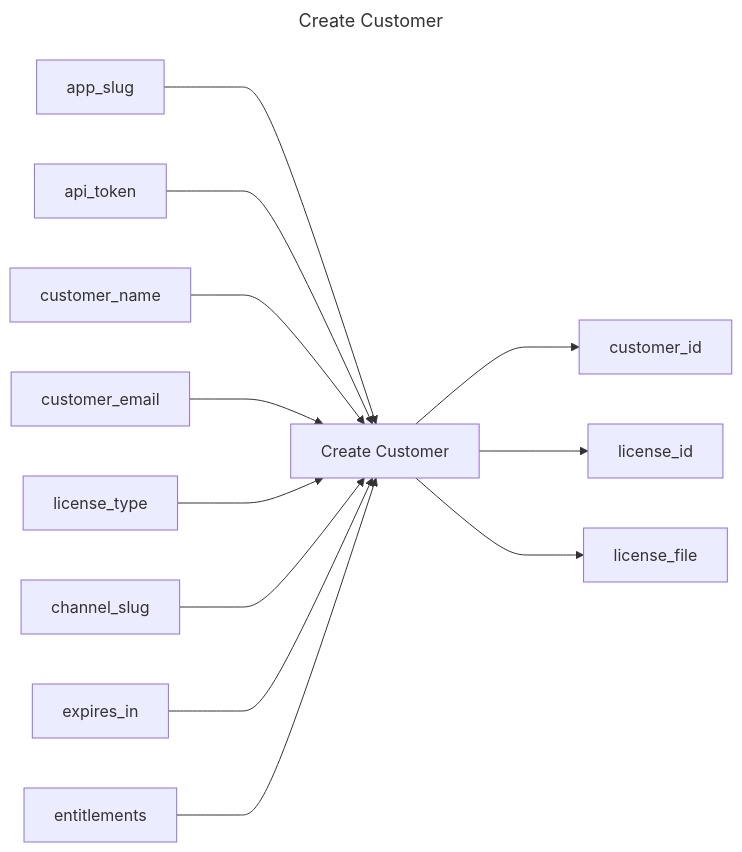
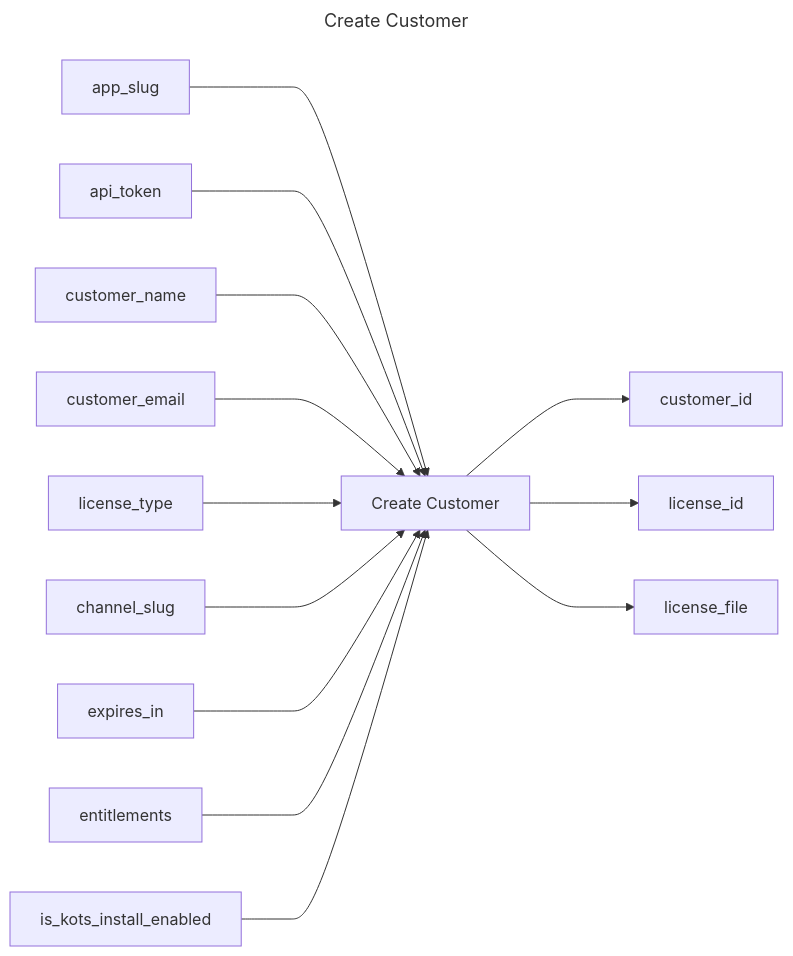
Before and after one commit to replicatedhq/replicated-actions: the diagram in create-customer/README.md, drawn with Mermaid.

Commit message:
Automated commit of npm build result and updated readme files

````diff
--- a/create-customer/README.md
+++ b/create-customer/README.md
@@ -3,18 +3,19 @@
 ```mermaid
 ---
 title: Create Customer
 ---
 graph LR
 create_customer["Create Customer"]
 app_slug ---> create_customer
 api_token ---> create_customer
 customer_name ---> create_customer
 customer_email ---> create_customer
 license_type ---> create_customer
 channel_slug ---> create_customer
 expires_in ---> create_customer
 entitlements ---> create_customer
+is_kots_install_enabled ---> create_customer
 create_customer ---> customer_id
 create_customer ---> license_id
 create_customer ---> license_file
 ```
````
